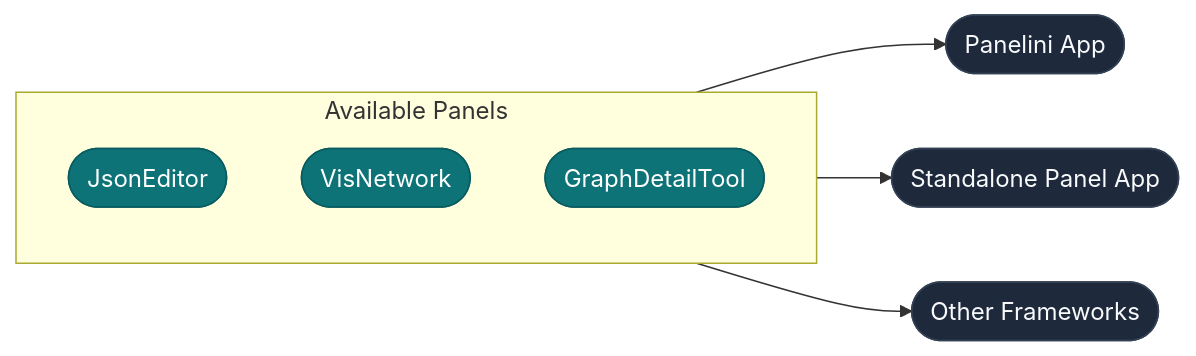
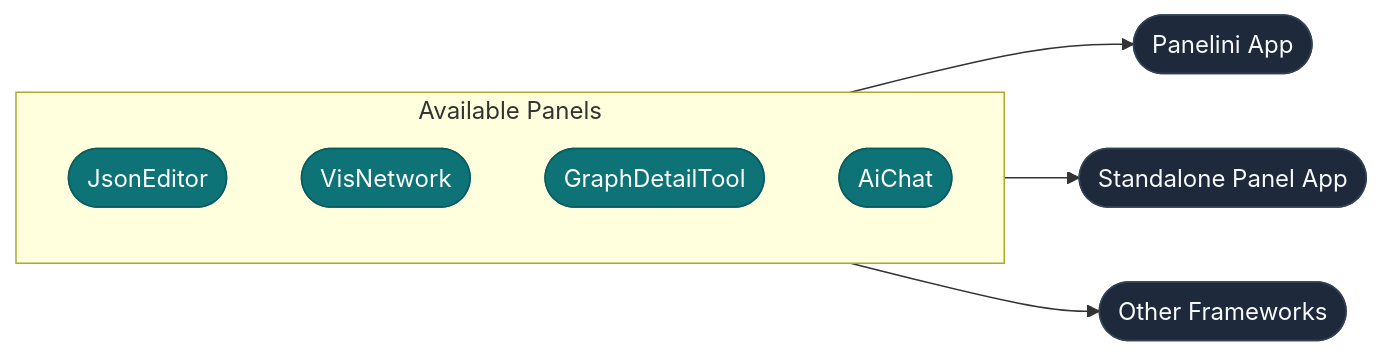
Before and after one commit to opensemanticworld/panelini: the diagram in docs/panels/index.md, drawn with Mermaid. The commit also changed other lines of this file and 25 other files, not shown here.

````diff
--- a/docs/panels/index.md
+++ b/docs/panels/index.md
@@ -5,22 +5,23 @@
 ```{mermaid}
 graph LR
     subgraph panels [" Available Panels "]
         je(["JsonEditor"])
         vn(["VisNetwork"])
         gdt(["GraphDetailTool"])
+        ai(["AiChat"])
     end
 
     panelini(["Panelini App"])
     standalone(["Standalone Panel App"])
     other(["Other Frameworks"])
 
     panels --> panelini
     panels --> standalone
     panels --> other
 
     classDef panelNode fill:#0d7377,stroke:#095c5f,color:#ffffff
     classDef targetNode fill:#1e293b,stroke:#334155,color:#f8fafc
 
-    class je,vn,gdt panelNode
+    class je,vn,gdt,ai panelNode
     class panelini,standalone,other targetNode
 ```
````
